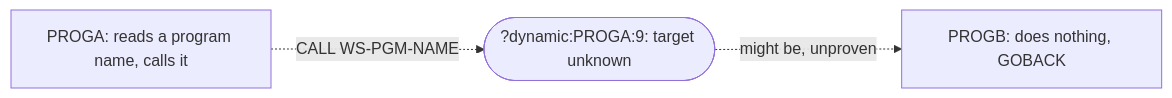
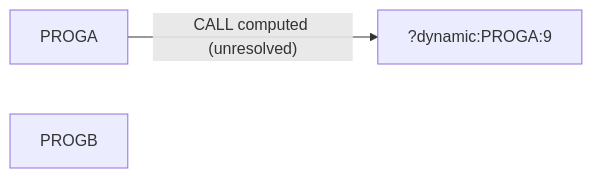
The diagram in evals/runs/02-dynamic-call/modernization-assessment/02-coupling.md (Sparq-Holding-Inc/claude-legacy-modernization), drawn with Mermaid before and after one commit. The commit also changed other lines of this file and 268 other files, not shown here.

````diff
--- a/evals/runs/02-dynamic-call/modernization-assessment/02-coupling.md
+++ b/evals/runs/02-dynamic-call/modernization-assessment/02-coupling.md
@@ -46,8 +15,5 @@
 ```mermaid
 graph LR
-  A["PROGA: reads a program name, calls it"]
-  B["PROGB: does nothing, GOBACK"]
-  D(["?dynamic:PROGA:9: target unknown"])
-  A -.->|"CALL WS-PGM-NAME"| D
-  D -. "might be, unproven" .-> B
+  PROGA -->|"CALL computed (unresolved)"| UNKNOWN["?dynamic:PROGA:9"]
+  PROGB
 ```
````
